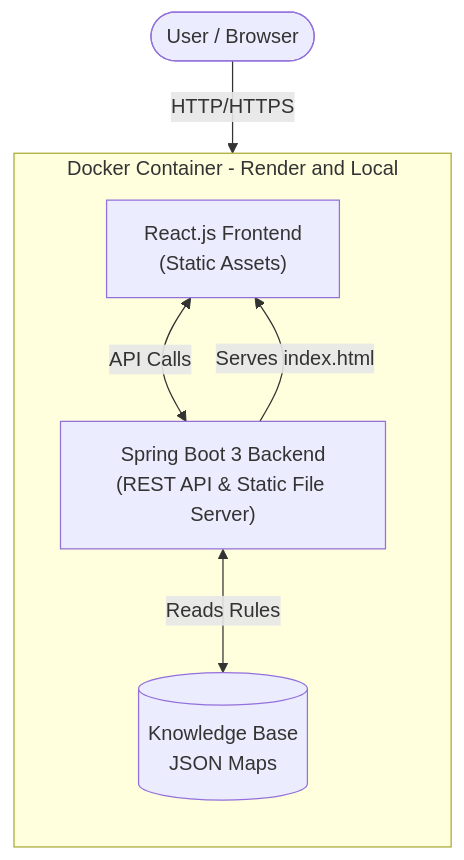
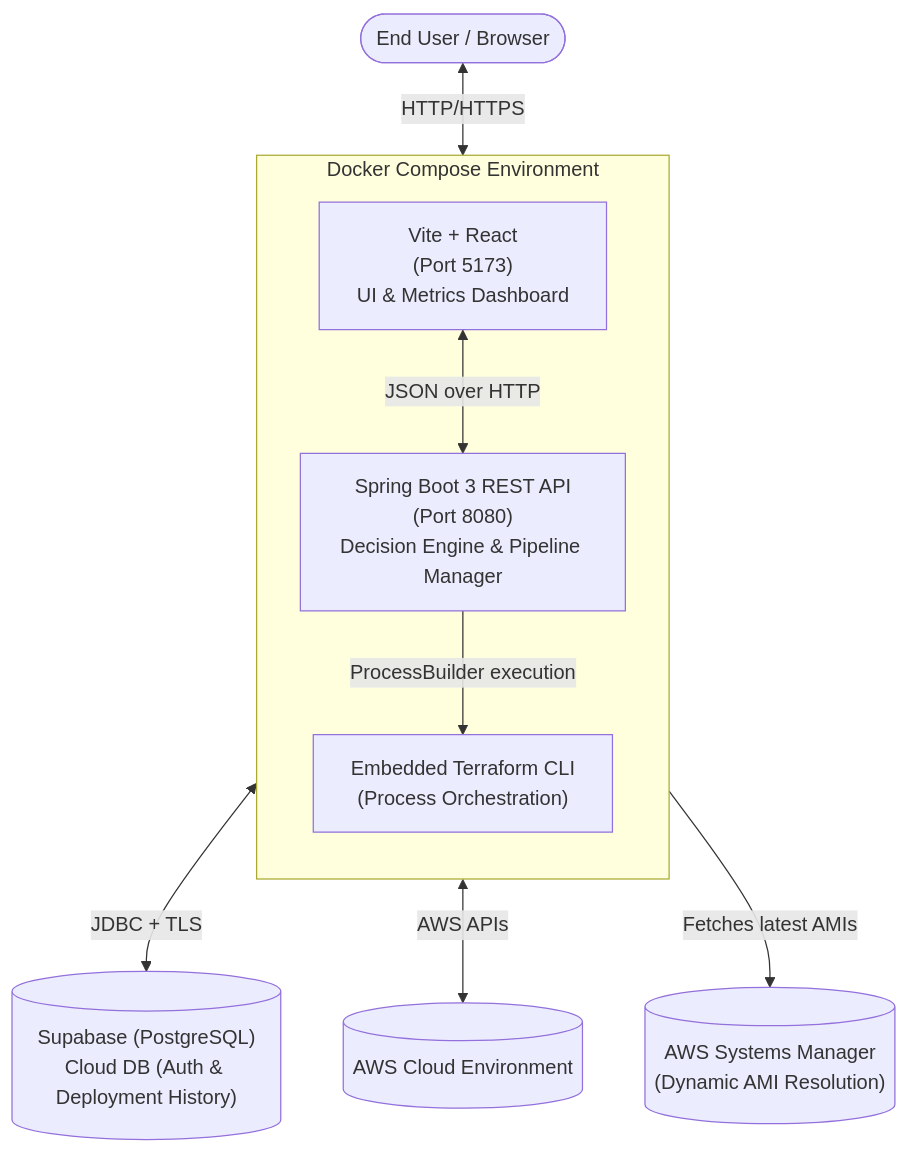
One commit to Aadi1903/CloudCostLens changed the diagram in ARCHITECTURE.md. Above: the diagram before and after it, drawn with Mermaid. The commit also changed other lines of this file and 8 other files, not shown here.

````diff
--- a/ARCHITECTURE.md
+++ b/ARCHITECTURE.md
@@ -9,17 +11,23 @@
 ```mermaid
 flowchart TD
-    User(["User / Browser"])
+    User(["End User / Browser"])
     
-    subgraph DockerContainer [Docker Container - Render and Local]
+    subgraph DockerHost [Docker Compose Environment]
         direction TB
-        React["React.js Frontend\n(Static Assets)"]
-        Spring["Spring Boot 3 Backend\n(REST API & Static File Server)"]
-        KnowledgeBase[("Knowledge Base\nJSON Maps")]
+        Frontend["Vite + React\n(Port 5173)\nUI & Metrics Dashboard"]
+        Backend["Spring Boot 3 REST API\n(Port 8080)\nDecision Engine & Pipeline Manager"]
+        TerraformCli["Embedded Terraform CLI\n(Process Orchestration)"]
         
-        React <-->|API Calls| Spring
-        Spring <-->|Reads Rules| KnowledgeBase
+        Frontend <-->|JSON over HTTP| Backend
+        Backend -->|ProcessBuilder execution| TerraformCli
     end
     
-    User -->|HTTP/HTTPS| Spring
-    Spring -->|Serves index.html| React
+    Supabase[("Supabase (PostgreSQL)\nCloud DB (Auth & Deployment History)")]
+    AWSCloud[("AWS Cloud Environment")]
+    SSMParameter[("AWS Systems Manager\n(Dynamic AMI Resolution)")]
+
+    User <-->|HTTP/HTTPS| Frontend
+    Backend <-->|JDBC + TLS| Supabase
+    TerraformCli <-->|AWS APIs| AWSCloud
+    TerraformCli -->|Fetches latest AMIs| SSMParameter
 ```
````
